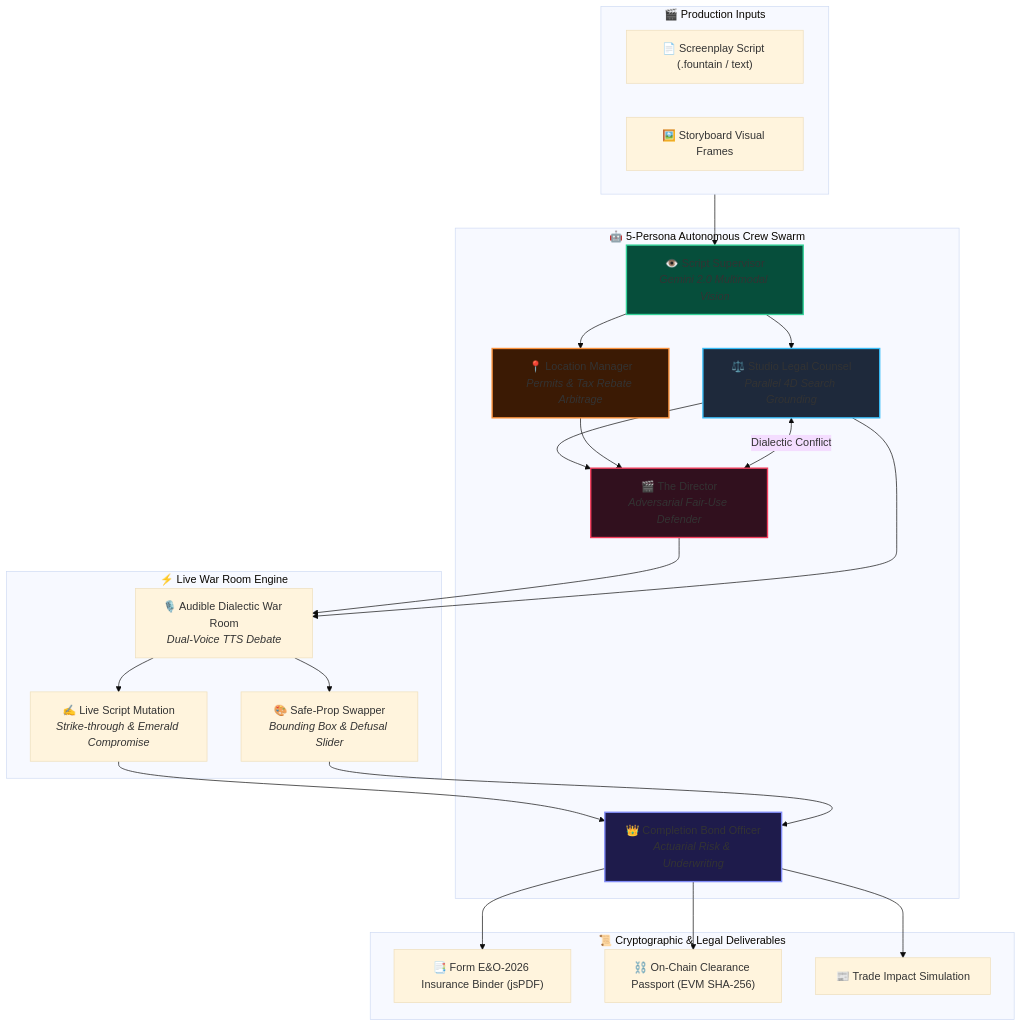
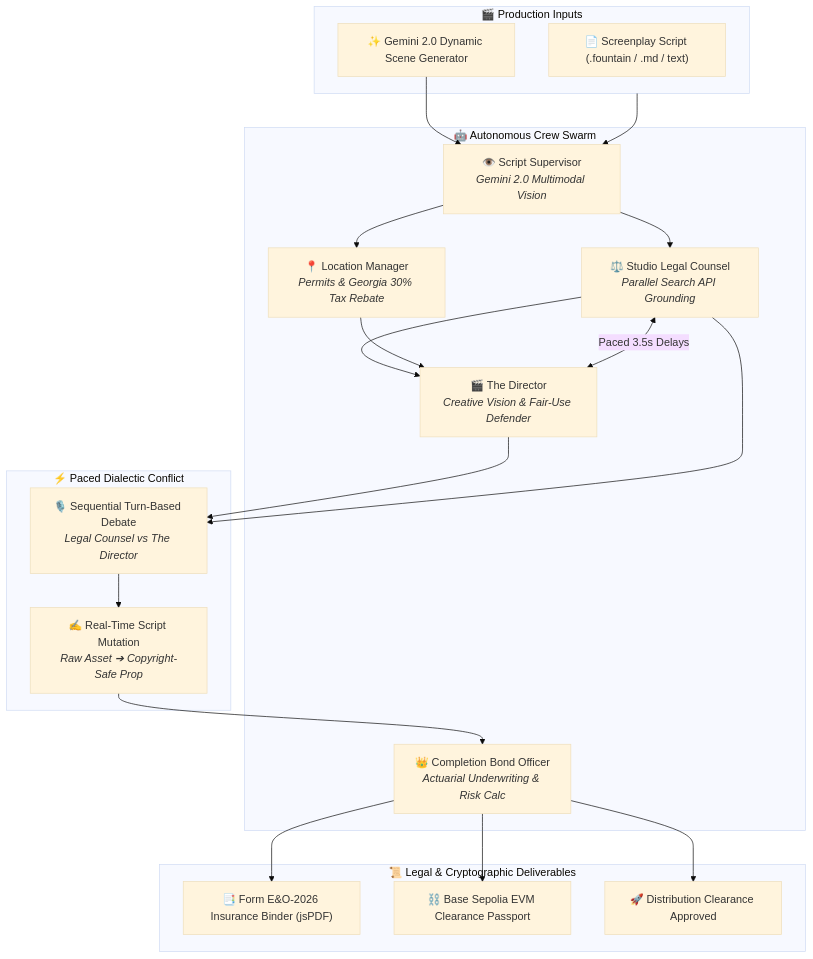
The diagram in README.md (miracles2motion/deepclear-studio), drawn with Mermaid (base theme) before and after one commit. The commit also changed other lines of this file and 2 other files, not shown here.

Commit message:
docs: update README with live Vercel link and 3-column architecture, bump CHANGELOG to v0.3.0, and mark Phase 5 complete in TASK_LIST

````diff
--- a/README.md
+++ b/README.md
@@ -26,42 +58,36 @@
 ```mermaid
 flowchart TD
     subgraph Inputs["🎬 Production Inputs"]
-        SC["📄 Screenplay Script (.fountain / text)"]
-        SB["🖼️ Storyboard Visual Frames"]
+        SC["📄 Screenplay Script (.fountain / .md / text)"]
+        GEN["✨ Gemini 2.0 Dynamic Scene Generator"]
     end
 
-    subgraph Swarm["🤖 5-Persona Autonomous Crew Swarm"]
+    subgraph Swarm["🤖 Autonomous Crew Swarm"]
         SS["👁️ Script Supervisor<br/><i>Gemini 2.0 Multimodal Vision</i>"]
-        LC["⚖️ Studio Legal Counsel<br/><i>Parallel 4D Search Grounding</i>"]
-        LM["📍 Location Manager<br/><i>Permits & Tax Rebate Arbitrage</i>"]
-        DIR["🎬 The Director<br/><i>Adversarial Fair-Use Defender</i>"]
-        CBO["👑 Completion Bond Officer<br/><i>Actuarial Risk & Underwriting</i>"]
+        LC["⚖️ Studio Legal Counsel<br/><i>Parallel Search API Grounding</i>"]
+        LM["📍 Location Manager<br/><i>Permits & Georgia 30% Tax Rebate</i>"]
+        DIR["🎬 The Director<br/><i>Creative Vision & Fair-Use Defender</i>"]
+        CBO["👑 Completion Bond Officer<br/><i>Actuarial Underwriting & Risk Calc</i>"]
     end
 
-    subgraph Engine["⚡ Live War Room Engine"]
-        WAR["🎙️ Audible Dialectic War Room<br/><i>Dual-Voice TTS Debate</i>"]
-        MUT["✍️ Live Script Mutation<br/><i>Strike-through & Emerald Compromise</i>"]
-        SWP["🎨 Safe-Prop Swapper<br/><i>Bounding Box & Defusal Slider</i>"]
+    subgraph Debate["⚡ Paced Dialectic Conflict"]
+        WAR["🎙️ Sequential Turn-Based Debate<br/><i>Legal Counsel vs The Director</i>"]
+        MUT["✍️ Real-Time Script Mutation<br/><i>Raw Asset ➔ Copyright-Safe Prop</i>"]
     end
 
-    subgraph Outputs["📜 Cryptographic & Legal Deliverables"]
+    subgraph Outputs["📜 Legal & Cryptographic Deliverables"]
         PDF["📑 Form E&O-2026 Insurance Binder (jsPDF)"]
-        W3["⛓️ On-Chain Clearance Passport (EVM SHA-256)"]
-        HD["📰 Trade Impact Simulation"]
+        W3["⛓️ Base Sepolia EVM Clearance Passport"]
+        DIST["🚀 Distribution Clearance Approved"]
     end
 
     Inputs --> SS
+    GEN --> SS
     SS --> LC & LM
     LC & LM --> DIR
-    DIR <-->|Dialectic Conflict| LC
+    DIR <-->|Paced 3.5s Delays| LC
     DIR & LC --> WAR
-    WAR --> MUT & SWP
-    MUT & SWP --> CBO
-    CBO --> PDF & W3 & HD
-
-    style CBO fill:#1e1b4b,stroke:#818cf8,stroke-width:2px
-    style LC fill:#1e293b,stroke:#38bdf8,stroke-width:2px
-    style DIR fill:#31101e,stroke:#f43f5e,stroke-width:2px
-    style SS fill:#064e3b,stroke:#34d399,stroke-width:2px
-    style LM fill:#3b1a04,stroke:#fb923c,stroke-width:2px
+    WAR --> MUT
+    MUT --> CBO
+    CBO --> PDF & W3 & DIST
 ```
````
